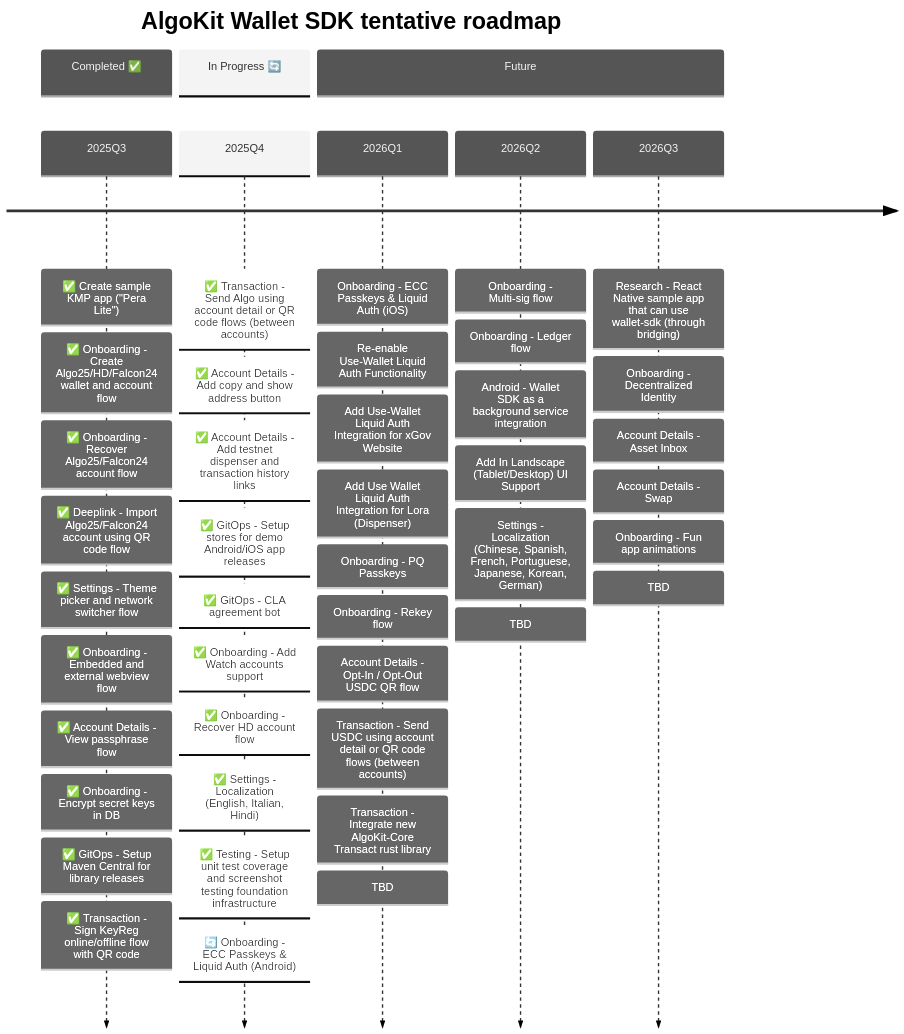
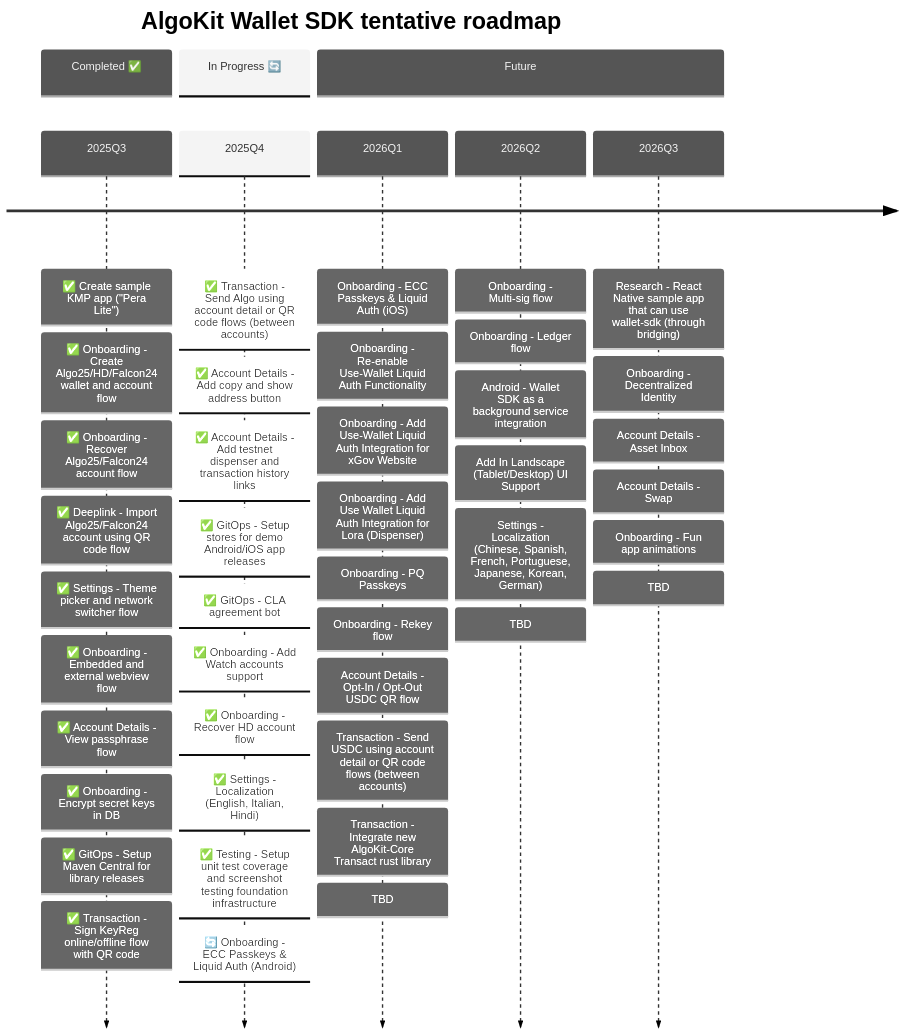
One commit to michaeltchuangllc/algokit-walletsdk-kmp changed the second of 3 diagrams in README.md. Above: the diagram before and after it, drawn with Mermaid.

Commit message:
docs: fix some copy

````diff
--- a/README.md
+++ b/README.md
@@ -67,58 +67,58 @@
 ```mermaid
 ---
 config:
   theme: 'neutral'
 ---
 timeline
     title AlgoKit Wallet SDK tentative roadmap
 
     section Completed ✅
     2025Q3  : ✅ Create sample KMP app ("Pera Lite")
             : ✅ Onboarding - Create Algo25/HD/Falcon24 wallet and account flow
             : ✅ Onboarding - Recover Algo25/Falcon24 account flow
             : ✅ Deeplink - Import Algo25/Falcon24 account using QR code flow
             : ✅ Settings - Theme picker and network switcher flow
             : ✅ Onboarding - Embedded and external webview flow
             : ✅ Account Details - View passphrase flow
             : ✅ Onboarding - Encrypt secret keys in DB
             : ✅ GitOps - Setup Maven Central for library releases
             : ✅ Transaction - Sign KeyReg online/offline flow with QR code
 
     section In Progress 🔄
     2025Q4  : ✅ Transaction - Send Algo using account detail or QR code flows (between accounts)
             : ✅ Account Details - Add copy and show address button
             : ✅ Account Details - Add testnet dispenser and transaction history links
             : ✅ GitOps - Setup stores for demo Android/iOS app releases
             : ✅ GitOps - CLA agreement bot
             : ✅ Onboarding - Add Watch accounts support
             : ✅ Onboarding - Recover HD account flow
             : ✅ Settings - Localization (English, Italian, Hindi)
             : ✅ Testing - Setup unit test coverage and screenshot testing foundation infrastructure
             : 🔄 Onboarding - ECC Passkeys & Liquid Auth (Android)
 
     section Future
     2026Q1  : Onboarding - ECC Passkeys & Liquid Auth (iOS)
-            : Re-enable Use-Wallet Liquid Auth Functionality
-            : Add Use-Wallet Liquid Auth Integration for xGov Website
-            : Add Use Wallet Liquid Auth Integration for Lora (Dispenser)
+            : Onboarding - Re-enable Use-Wallet Liquid Auth Functionality
+            : Onboarding - Add Use-Wallet Liquid Auth Integration for xGov Website
+            : Onboarding - Add Use Wallet Liquid Auth Integration for Lora (Dispenser)
             : Onboarding - PQ Passkeys
             : Onboarding - Rekey flow
             : Account Details - Opt-In / Opt-Out USDC QR flow
             : Transaction - Send USDC using account detail or QR code flows (between accounts)
             : Transaction - Integrate new AlgoKit-Core Transact rust library
             : TBD
     2026Q2   
             : Onboarding - Multi-sig flow
             : Onboarding - Ledger flow
             : Android - Wallet SDK as a background service integration
             : Add In Landscape (Tablet/Desktop) UI Support
             : Settings - Localization (Chinese, Spanish, French, Portuguese, Japanese, Korean, German)
             : TBD
     2026Q3
             : Research - React Native sample app that can use wallet-sdk (through bridging)
             : Onboarding - Decentralized Identity
             : Account Details - Asset Inbox
             : Account Details - Swap
             : Onboarding - Fun app animations
             : TBD
 ```
````
